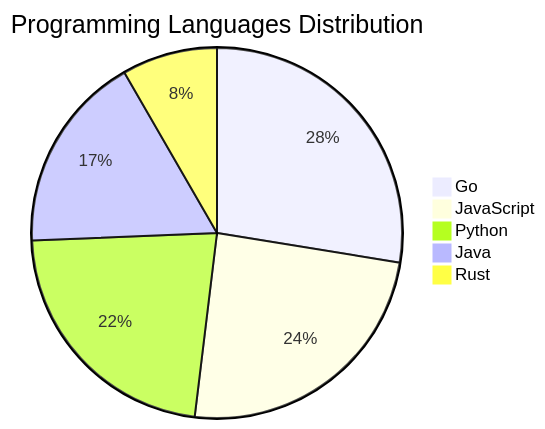
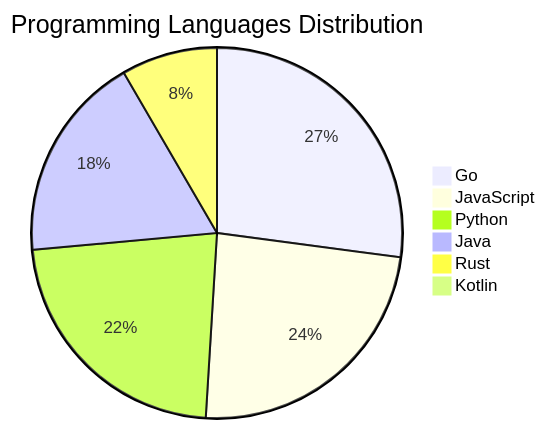
The diagram in README.md (Derrick-MUGISHA/github-activity-bot), drawn with Mermaid before and after one commit. The commit also changed other lines of this file and 4 other files, not shown here.

````diff
--- a/README.md
+++ b/README.md
@@ -205,8 +206,9 @@
 ```mermaid
 pie title Programming Languages Distribution
-    "Go" : 43
-    "JavaScript" : 38
+    "Go" : 42
+    "JavaScript" : 37
     "Python" : 35
-    "Java" : 27
+    "Java" : 28
     "Rust" : 13
+    "Kotlin" : 1
 ```
````
